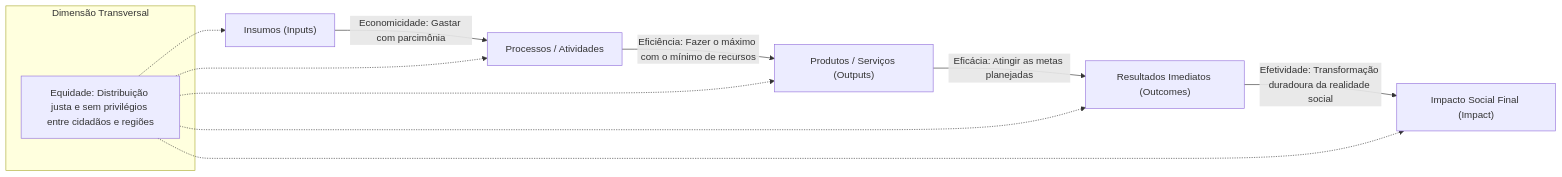
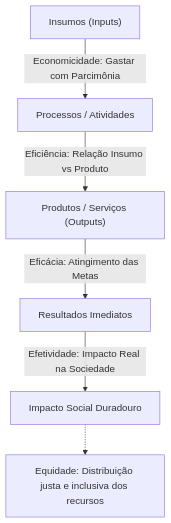
Before and after one commit to gilsonnogueira/OpenConcursos: the fourth of 6 diagrams in docs/19-auditoria/05-auditoria-governamental-e-setor-publico/01-normas-nbasp-issai-tribunais-de-contas.md, drawn with Mermaid. The commit also changed other lines of this file and 17 other files, not shown here.

Commit message:
style(diagrams): verticaliza todos os diagramas Mermaid para legibilidade em painel vertical

````diff
--- a/docs/19-auditoria/05-auditoria-governamental-e-setor-publico/01-normas-nbasp-issai-tribunais-de-contas.md
+++ b/docs/19-auditoria/05-auditoria-governamental-e-setor-publico/01-normas-nbasp-issai-tribunais-de-contas.md
@@ -102,13 +102,10 @@
 ```mermaid
-flowchart LR
-    A["Insumos (Inputs)"] -->|Economicidade: Gastar com parcimônia| B["Processos / Atividades"]
-    B -->|Eficiência: Fazer o máximo com o mínimo de recursos| C["Produtos / Serviços (Outputs)"]
-    C -->|Eficácia: Atingir as metas planejadas| D["Resultados Imediatos (Outcomes)"]
-    D -->|Efetividade: Transformação duradoura da realidade social| E["Impacto Social Final (Impact)"]
+flowchart TD
+    A["Insumos (Inputs)"] -->|Economicidade: Gastar com Parcimônia| B["Processos / Atividades"]
+    B -->|Eficiência: Relação Insumo vs Produto| C["Produtos / Serviços (Outputs)"]
+    C -->|Eficácia: Atingimento das Metas| D["Resultados Imediatos"]
+    D -->|Efetividade: Impacto Real na Sociedade| E["Impacto Social Duradouro"]
     
-    subgraph "Dimensão Transversal"
-        EQ["Equidade: Distribuição justa e sem privilégios entre cidadãos e regiões"]
-    end
-    
-    EQ -.-> A & B & C & D & E
+    EQUIDADE["Equidade: Distribuição justa e inclusiva dos recursos"]
+    E -.-> EQUIDADE
 ```
````
